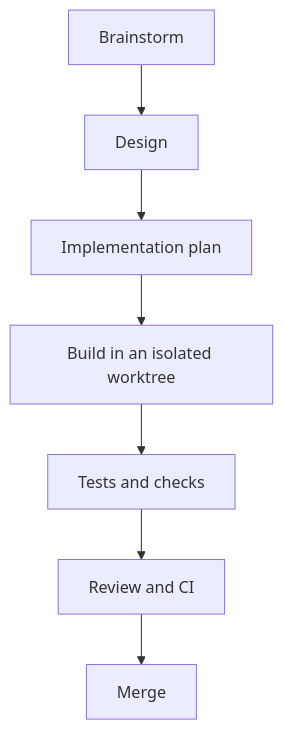
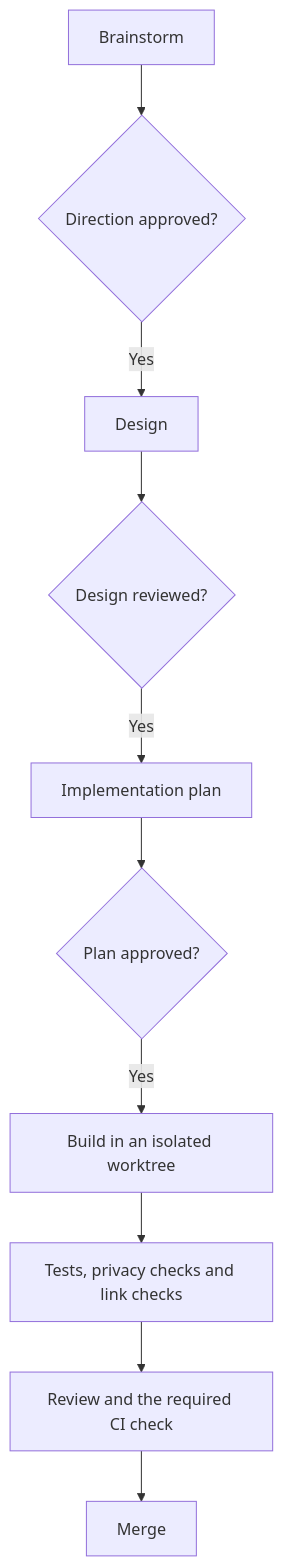
One commit to carlosboeing/agentic-toolkit changed the second of 2 diagrams in README.md. Above: the diagram before and after it, drawn with Mermaid. The commit also changed other lines of this file and 1 other file, not shown here.

````diff
--- a/README.md
+++ b/README.md
@@ -41,9 +46,12 @@
 ```mermaid
 flowchart TB
-    Brainstorm["Brainstorm"] --> Design["Design"]
-    Design --> Plan["Implementation plan"]
-    Plan --> Build["Build in an isolated worktree"]
-    Build --> Verify["Tests and checks"]
-    Verify --> Review["Review and CI"]
+    Brainstorm["Brainstorm"] --> BrainstormGate{"Direction approved?"}
+    BrainstormGate -- "Yes" --> Design["Design"]
+    Design --> DesignGate{"Design reviewed?"}
+    DesignGate -- "Yes" --> Plan["Implementation plan"]
+    Plan --> PlanGate{"Plan approved?"}
+    PlanGate -- "Yes" --> Build["Build in an isolated worktree"]
+    Build --> Verify["Tests, privacy checks and link checks"]
+    Verify --> Review["Review and the required CI check"]
     Review --> Ship["Merge"]
 ```
````
